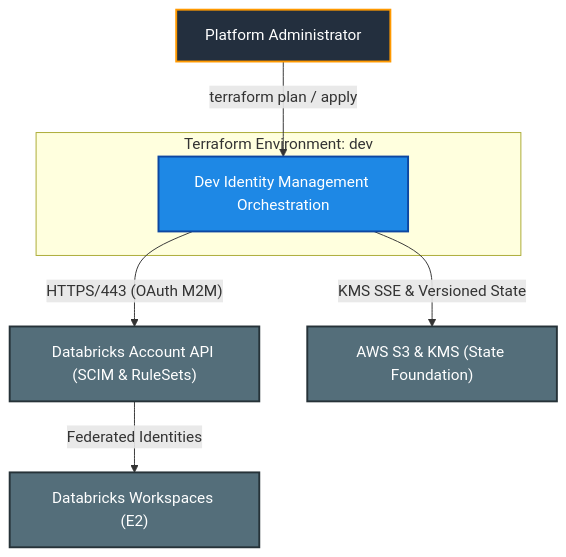
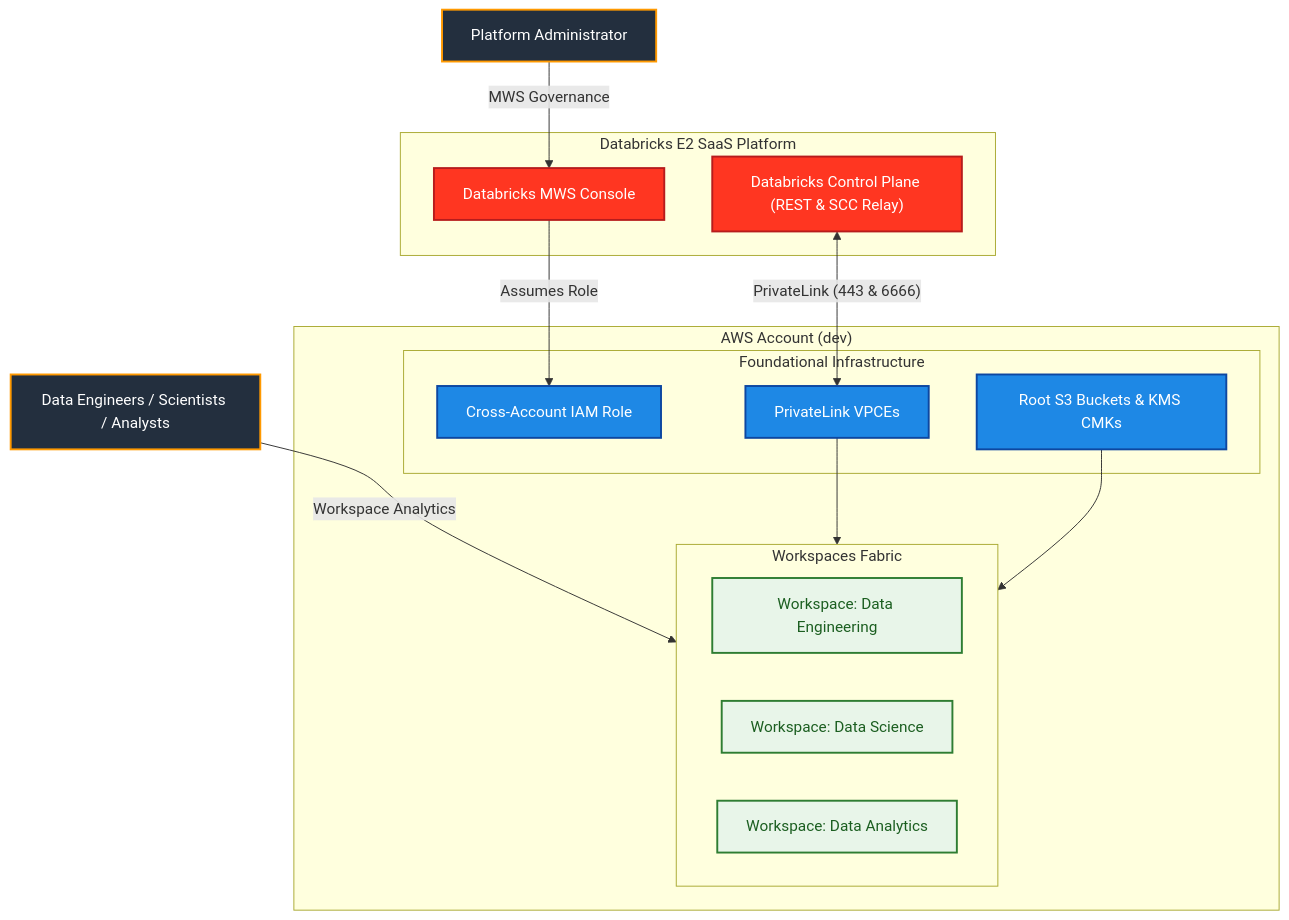
One commit to MikolajSedek/databricks_aws_deployment_03_workspaces_and_compute changed the first of 2 diagrams in environments/dev/README.md. Above: the diagram before and after it, drawn with Mermaid. The commit also changed other lines of this file and 68 other files, not shown here.

Commit message:
new modules + dev environment setup

````diff
--- a/environments/dev/README.md
+++ b/environments/dev/README.md
@@ -86,20 +88,36 @@
 ```mermaid
 flowchart TD
     classDef actor fill:#232F3E,stroke:#FF9900,stroke-width:2px,color:#FFFFFF;
-    classDef system fill:#1E88E5,stroke:#0D47A1,stroke-width:2px,color:#FFFFFF;
-    classDef external fill:#546E7A,stroke:#263238,stroke-width:2px,color:#FFFFFF;
+    classDef databricks fill:#FF3621,stroke:#B71C1C,stroke-width:2px,color:#FFFFFF;
+    classDef aws fill:#1E88E5,stroke:#0D47A1,stroke-width:2px,color:#FFFFFF;
+    classDef workspace fill:#E8F5E9,stroke:#2E7D32,stroke-width:2px,color:#1B5E20;
 
     Admin["Platform Administrator"]:::actor
-    AccountAPI["Databricks Account API (SCIM & RuleSets)"]:::external
-    AWSStorage["AWS S3 & KMS (State Foundation)"]:::external
-    Workspaces["Databricks Workspaces (E2)"]:::external
+    Users["Data Engineers / Scientists / Analysts"]:::actor
 
-    subgraph DevEnvironment ["Terraform Environment: dev"]
-        Orchestration["Dev Identity Management Orchestration"]:::system
+    subgraph DatabricksSaaS ["Databricks E2 SaaS Platform"]
+        MWS["Databricks MWS Console"]:::databricks
+        CP["Databricks Control Plane (REST & SCC Relay)"]:::databricks
     end
 
-    Admin -->|"terraform plan / apply"| Orchestration
-    Orchestration -->|"KMS SSE & Versioned State"| AWSStorage
-    Orchestration -->|"HTTPS/443 (OAuth M2M)"| AccountAPI
-    AccountAPI -->|"Federated Identities"| Workspaces
+    subgraph AWSAccount ["AWS Account (dev)"]
+        subgraph Foundations ["Foundational Infrastructure"]
+            IAM["Cross-Account IAM Role"]:::aws
+            VPCE["PrivateLink VPCEs"]:::aws
+            S3["Root S3 Buckets & KMS CMKs"]:::aws
+        end
+
+        subgraph Workspaces ["Workspaces Fabric"]
+            WS_DE["Workspace: Data Engineering"]:::workspace
+            WS_DS["Workspace: Data Science"]:::workspace
+            WS_DA["Workspace: Data Analytics"]:::workspace
+        end
+    end
+
+    Admin -->|"MWS Governance"| MWS
+    Users -->|"Workspace Analytics"| Workspaces
+    MWS -->|"Assumes Role"| IAM
+    CP <-->|"PrivateLink (443 & 6666)"| VPCE
+    VPCE --> Workspaces
+    S3 --> Workspaces
 ```
````
